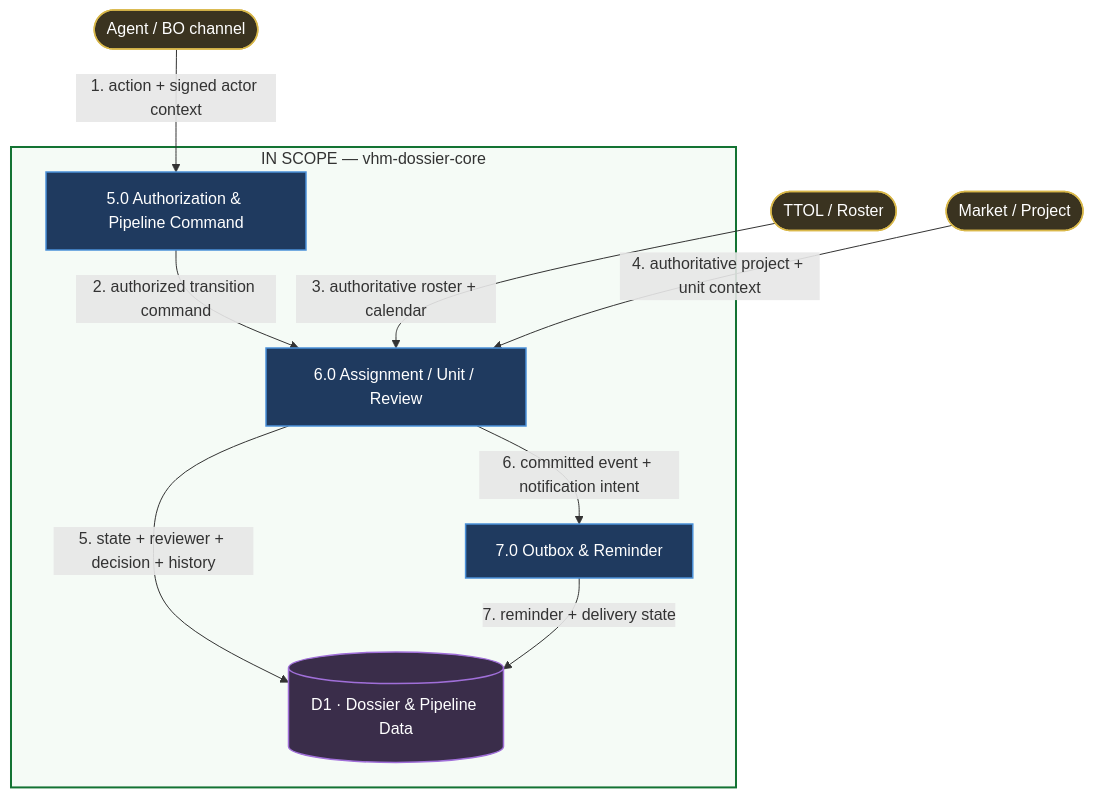
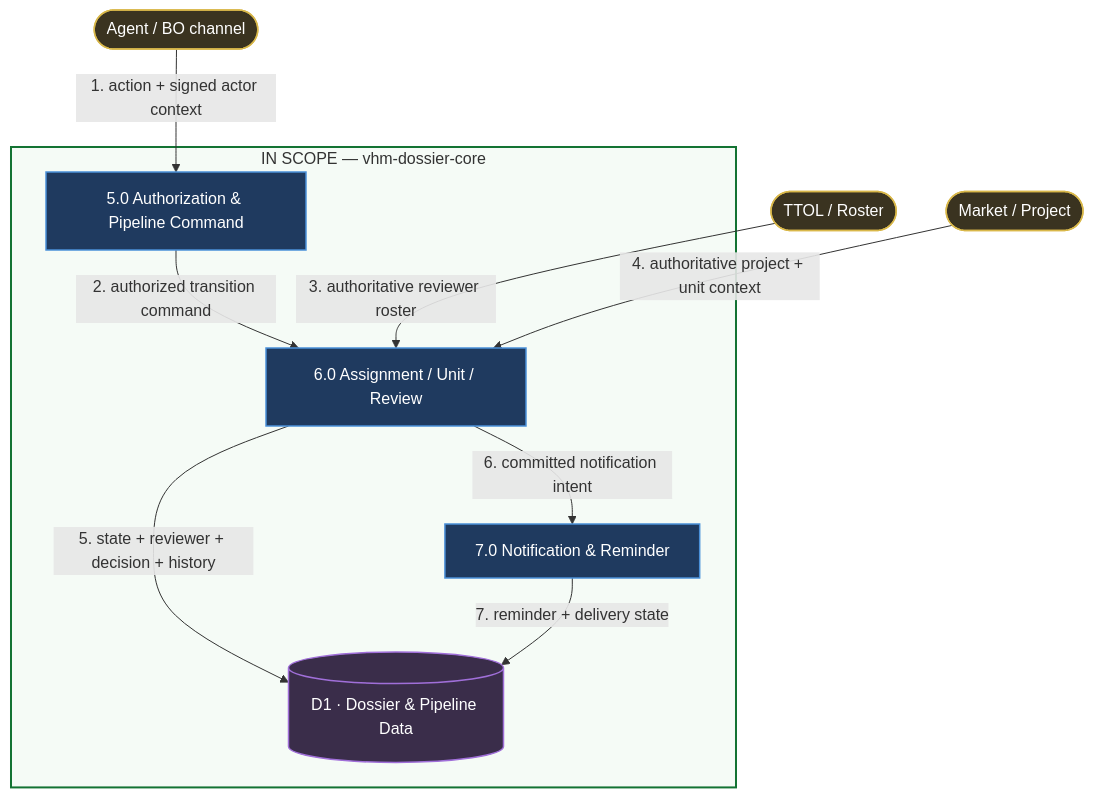
The sixth of 17 diagrams in tdd-dossier.md (huynv-xyz/vhm), drawn with Mermaid before and after one commit. The commit also changed other lines of this file, not shown here.

````diff
--- a/tdd-dossier.md
+++ b/tdd-dossier.md
@@ -950,29 +1022,29 @@
 ```mermaid
 flowchart TB
     classDef process fill:#1F3A5F,stroke:#4A90D9,stroke-width:1.5px,color:#FFFFFF
     classDef entity fill:#3A3320,stroke:#D9B84A,stroke-width:1.5px,color:#FFFFFF
     classDef datastore fill:#3A2D4A,stroke:#A06FD9,stroke-width:1.5px,color:#FFFFFF
 
     CHANNEL([Agent / BO channel]):::entity
     TTOL([TTOL / Roster]):::entity
     PROJECT([Market / Project]):::entity
 
     subgraph SCOPE[IN SCOPE — vhm-dossier-core]
         P1[5.0 Authorization & Pipeline Command]
         P2[6.0 Assignment / Unit / Review]
-        P3[7.0 Outbox & Reminder]
+        P3[7.0 Notification & Reminder]
         D1[(D1 · Dossier & Pipeline Data)]
     end
 
     CHANNEL -->|1. action + signed actor context| P1
     P1 -->|2. authorized transition command| P2
-    TTOL -->|3. authoritative roster + calendar| P2
+    TTOL -->|3. authoritative reviewer roster| P2
     PROJECT -->|4. authoritative project + unit context| P2
     P2 -->|5. state + reviewer + decision + history| D1
-    P2 -->|6. committed event + notification intent| P3
+    P2 -->|6. committed notification intent| P3
     P3 -->|7. reminder + delivery state| D1
 
     class P1,P2,P3 process
     class D1 datastore
     style SCOPE fill:#F5FBF6,stroke:#137333,stroke-width:2px
 ```
````
